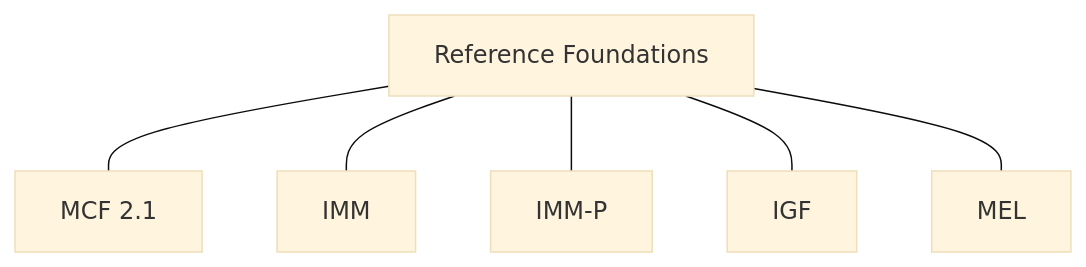
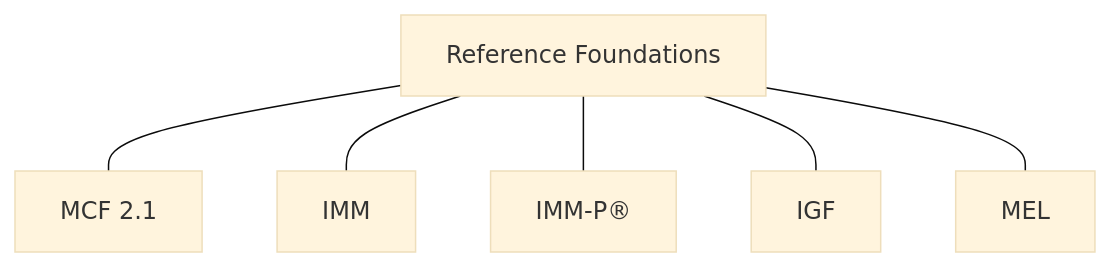
One commit to micro-canvas-framework/vilf changed the diagram in docs/chapters/11.mdx. Above: the diagram before and after it, drawn with Mermaid. The commit also changed other lines of this file and 9 other files, not shown here.

Commit message:
docs(chapters): diagram consistency audit and caption normalization (BL-15X)

````diff
--- a/docs/chapters/11.mdx
+++ b/docs/chapters/11.mdx
@@ -18,15 +18,15 @@
 ```mermaid
 %%{init: {'theme':'base','fontSize':16}}%%
 flowchart TB
   REF["Reference Foundations"]
   MCF["MCF 2.1"]
   IMM["IMM"]
-  IMP["IMM-P"]
+  IMP["IMM-P®"]
   IGF["IGF"]
   MEL["MEL"]
   REF --- MCF
   REF --- IMM
   REF --- IMP
   REF --- IGF
   REF --- MEL
 ```
````
